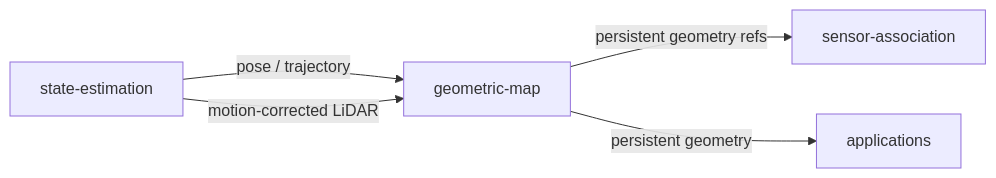
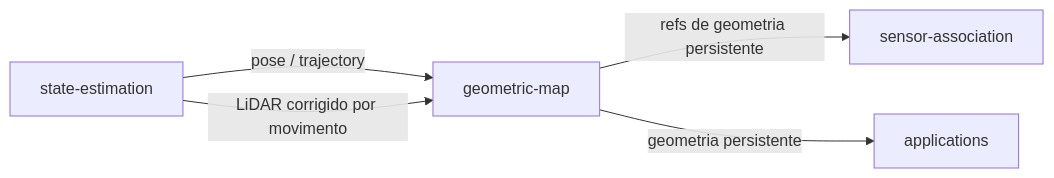
One commit to Alexandre-Tortoza/contextual-3d-mapping changed the second of 4 diagrams in modules/state-estimation/docs/architecture.md. Above: the diagram before and after it, drawn with Mermaid. The commit also changed other lines of this file and 279 other files, not shown here.

````diff
--- a/modules/state-estimation/docs/architecture.md
+++ b/modules/state-estimation/docs/architecture.md
@@ -53,7 +53,7 @@
 ```mermaid
 flowchart LR
     SE[state-estimation] -->|pose / trajectory| GM[geometric-map]
-    SE -->|motion-corrected LiDAR| GM
-    GM -->|persistent geometry refs| SA[sensor-association]
-    GM -->|persistent geometry| APP[applications]
+    SE -->|LiDAR corrigido por movimento| GM
+    GM -->|refs de geometria persistente| SA[sensor-association]
+    GM -->|geometria persistente| APP[applications]
 ```
````
